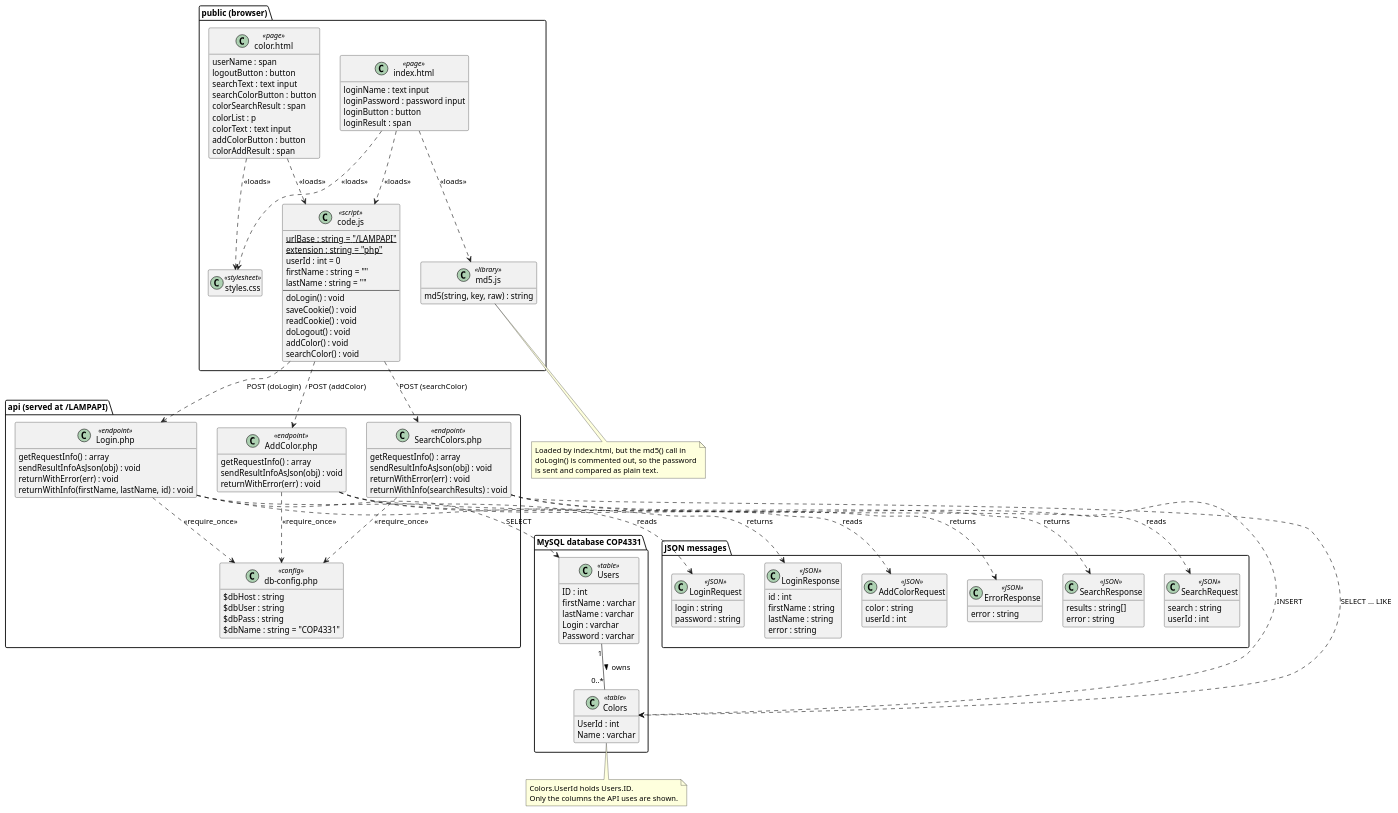
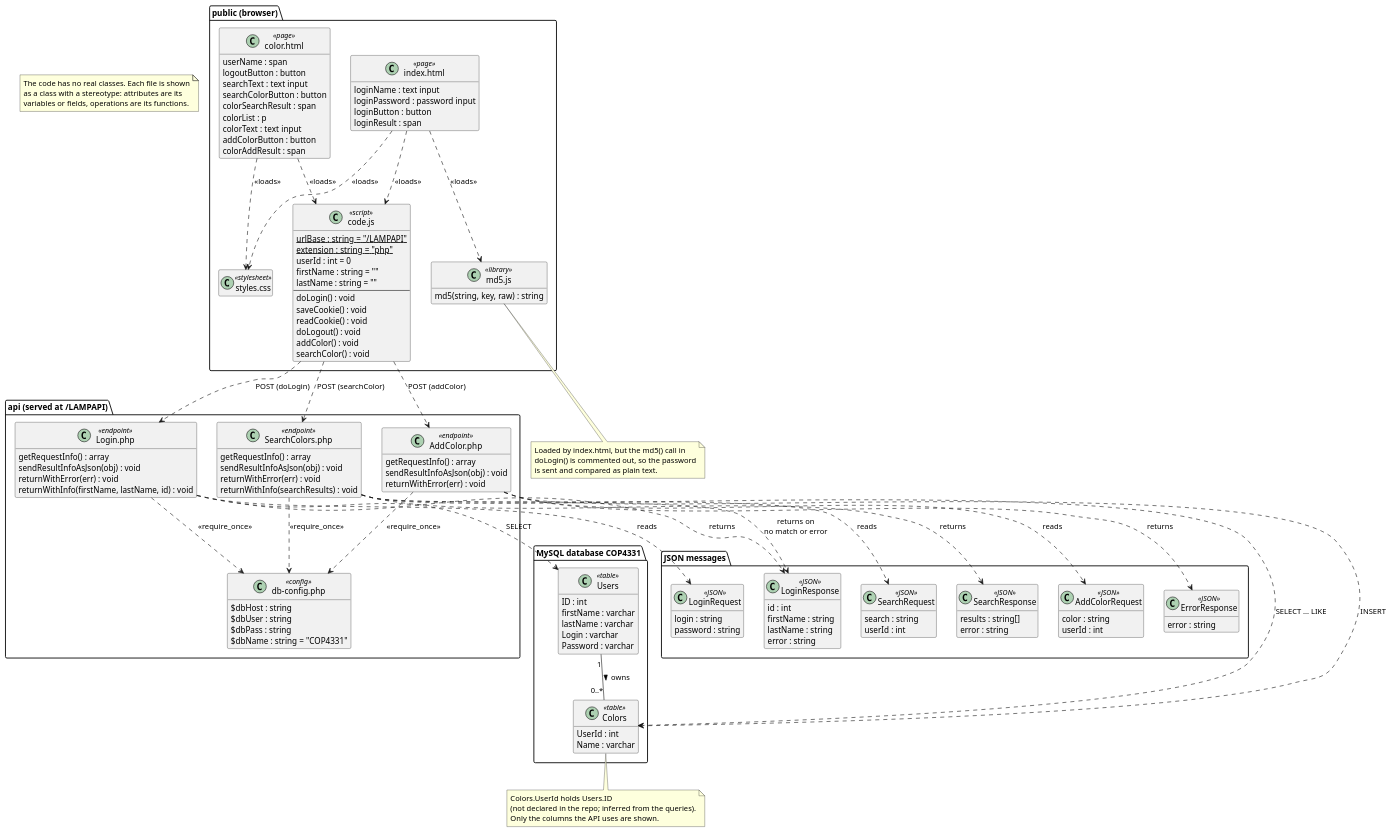
Before and after one commit to acsahl/colors-lab: the diagram in docs/uml/class.puml, drawn with PlantUML. The commit also changed 5 other files, not shown here.

First line of the commit message:
Fix UML diagrams after checking them against the code

```diff
--- a/docs/uml/class.puml
+++ b/docs/uml/class.puml
@@ -1,161 +1,169 @@
 @startuml class
 ' Class diagram for the COLORS web application.
 ' The code is procedural (plain JavaScript functions and PHP scripts),
 ' so each file is shown as a class with a stereotype.
 ' Attributes are the file's variables, operations are its functions.
 skinparam shadowing false
 skinparam classAttributeIconSize 0
 hide empty members
 
 package "public (browser)" {
   class "index.html" as IndexPage <<page>> {
     loginName : text input
     loginPassword : password input
     loginButton : button
     loginResult : span
   }
 
   class "color.html" as ColorPage <<page>> {
     userName : span
     logoutButton : button
     searchText : text input
     searchColorButton : button
     colorSearchResult : span
     colorList : p
     colorText : text input
     addColorButton : button
     colorAddResult : span
   }
 
   class "code.js" as CodeJS <<script>> {
     {static} urlBase : string = "/LAMPAPI"
     {static} extension : string = "php"
     userId : int = 0
     firstName : string = ""
     lastName : string = ""
     --
     doLogin() : void
     saveCookie() : void
     readCookie() : void
     doLogout() : void
     addColor() : void
     searchColor() : void
   }
 
   class "md5.js" as MD5 <<library>> {
     md5(string, key, raw) : string
   }
 
   class "styles.css" as CSS <<stylesheet>>
 }
 
 package "api (served at /LAMPAPI)" {
   class "Login.php" as LoginPHP <<endpoint>> {
     getRequestInfo() : array
     sendResultInfoAsJson(obj) : void
     returnWithError(err) : void
     returnWithInfo(firstName, lastName, id) : void
   }
 
   class "SearchColors.php" as SearchPHP <<endpoint>> {
     getRequestInfo() : array
     sendResultInfoAsJson(obj) : void
     returnWithError(err) : void
     returnWithInfo(searchResults) : void
   }
 
   class "AddColor.php" as AddPHP <<endpoint>> {
     getRequestInfo() : array
     sendResultInfoAsJson(obj) : void
     returnWithError(err) : void
   }
 
   class "db-config.php" as DbConfig <<config>> {
     $dbHost : string
     $dbUser : string
     $dbPass : string
     $dbName : string = "COP4331"
   }
 }
 
 package "MySQL database COP4331" {
   class Users <<table>> {
     ID : int
     firstName : varchar
     lastName : varchar
     Login : varchar
     Password : varchar
   }
 
   class Colors <<table>> {
     UserId : int
     Name : varchar
   }
 }
 
 package "JSON messages" {
   class LoginRequest <<JSON>> {
     login : string
     password : string
   }
   class LoginResponse <<JSON>> {
     id : int
     firstName : string
     lastName : string
     error : string
   }
   class SearchRequest <<JSON>> {
     search : string
     userId : int
   }
   class SearchResponse <<JSON>> {
     results : string[]
     error : string
   }
   class AddColorRequest <<JSON>> {
     color : string
     userId : int
   }
   class ErrorResponse <<JSON>> {
     error : string
   }
 }
 
 IndexPage ..> CodeJS : <<loads>>
 IndexPage ..> MD5 : <<loads>>
 IndexPage ..> CSS : <<loads>>
 ColorPage ..> CodeJS : <<loads>>
 ColorPage ..> CSS : <<loads>>
 
 CodeJS ..> LoginPHP : POST (doLogin)
 CodeJS ..> SearchPHP : POST (searchColor)
 CodeJS ..> AddPHP : POST (addColor)
 
 LoginPHP ..> DbConfig : <<require_once>>
 SearchPHP ..> DbConfig : <<require_once>>
 AddPHP ..> DbConfig : <<require_once>>
 
 LoginPHP ..> Users : SELECT
 SearchPHP ..> Colors : SELECT ... LIKE
 AddPHP ..> Colors : INSERT
 
 Users "1" -- "0..*" Colors : owns >
 
 LoginPHP ..> LoginRequest : reads
 LoginPHP ..> LoginResponse : returns
 SearchPHP ..> SearchRequest : reads
 SearchPHP ..> SearchResponse : returns
+SearchPHP ..> LoginResponse : returns on\nno match or error
 AddPHP ..> AddColorRequest : reads
 AddPHP ..> ErrorResponse : returns
+
+note as Legend
+  The code has no real classes. Each file is shown
+  as a class with a stereotype: attributes are its
+  variables or fields, operations are its functions.
+end note
 
 note bottom of MD5
   Loaded by index.html, but the md5() call in
   doLogin() is commented out, so the password
   is sent and compared as plain text.
 end note
 
 note bottom of Colors
-  Colors.UserId holds Users.ID.
+  Colors.UserId holds Users.ID
+  (not declared in the repo; inferred from the queries).
   Only the columns the API uses are shown.
 end note
 @enduml
```
